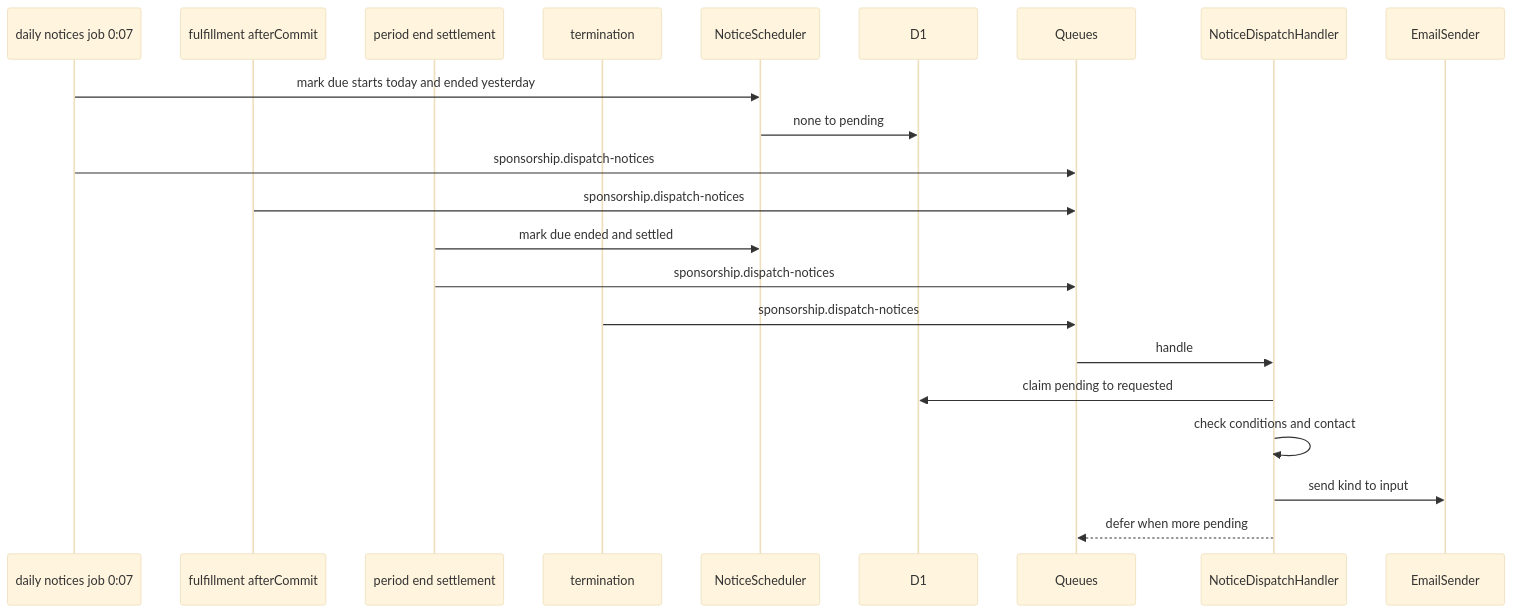
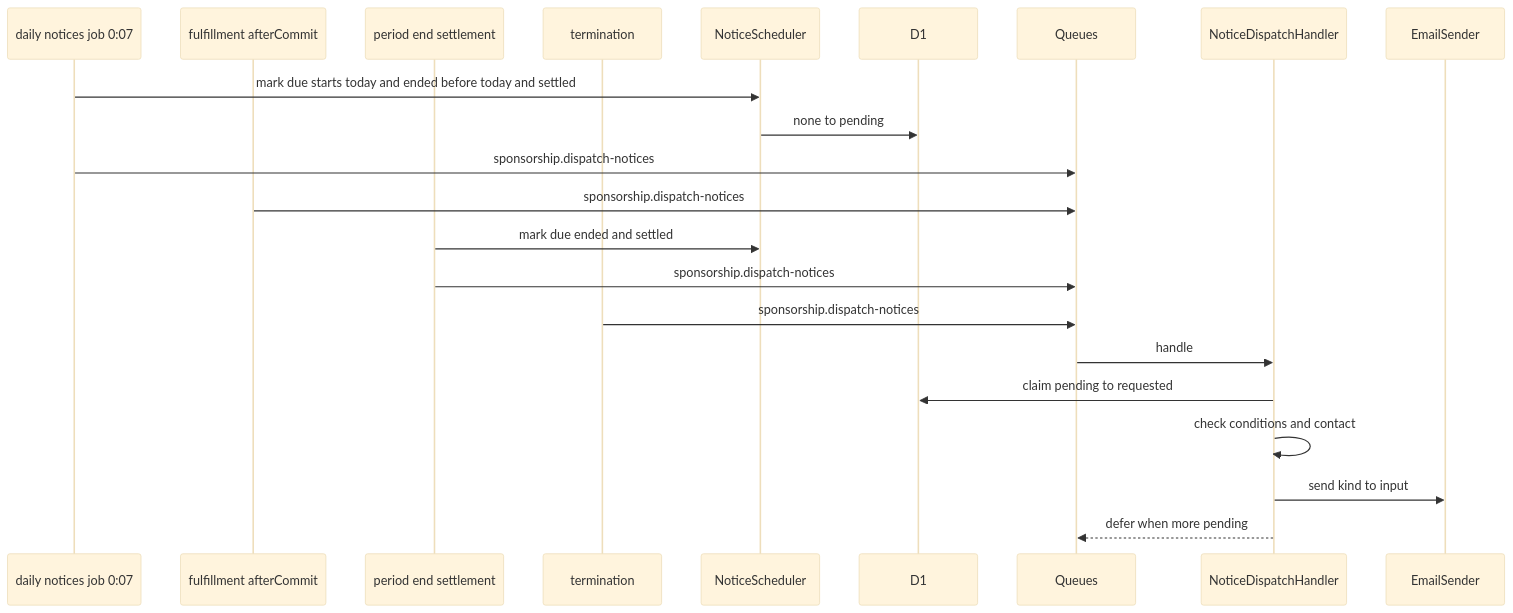
Before and after one commit to kurachiweb/genai-example-2-launch-platform: the fifth of 8 diagrams in .kiro/specs/sponsorship/design.md, drawn with Mermaid (base theme). The commit also changed other lines of this file and 17 other files, not shown here.

````diff
--- a/.kiro/specs/sponsorship/design.md
+++ b/.kiro/specs/sponsorship/design.md
@@ -504,24 +516,24 @@
 ```mermaid
 sequenceDiagram
     participant J as daily notices job 0:07
     participant F as fulfillment afterCommit
     participant SE as period end settlement
     participant T as termination
     participant N as NoticeScheduler
     participant D as D1
     participant Q as Queues
     participant H as NoticeDispatchHandler
     participant E as EmailSender
-    J->>N: mark due starts today and ended yesterday
+    J->>N: mark due starts today and ended before today and settled
     N->>D: none to pending
     J->>Q: sponsorship.dispatch-notices
     F->>Q: sponsorship.dispatch-notices
     SE->>N: mark due ended and settled
     SE->>Q: sponsorship.dispatch-notices
     T->>Q: sponsorship.dispatch-notices
     Q->>H: handle
     H->>D: claim pending to requested
     H->>H: check conditions and contact
     H->>E: send kind to input
     H-->>Q: defer when more pending
 ```
````
